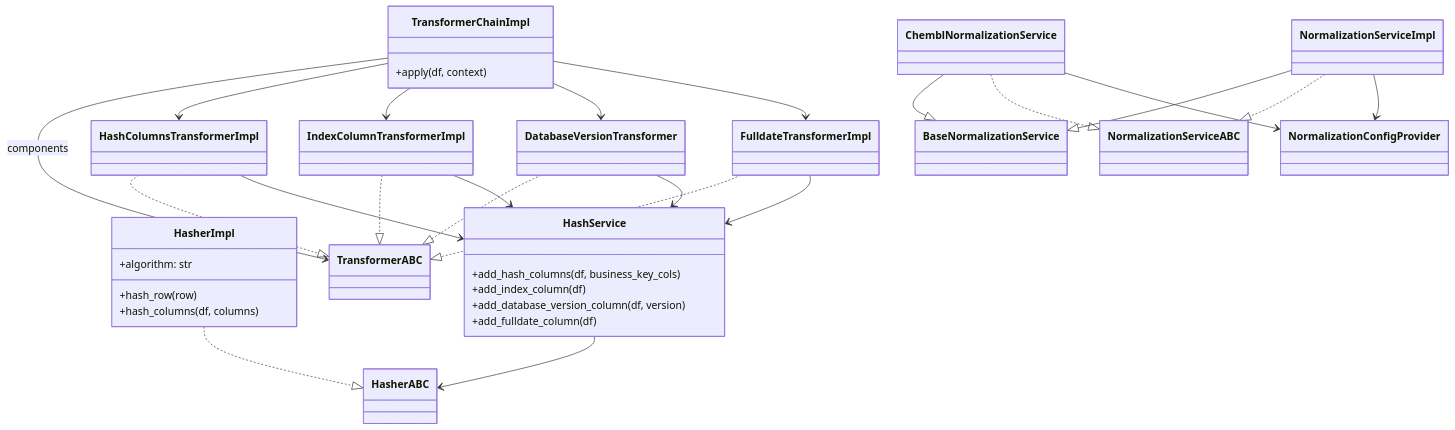
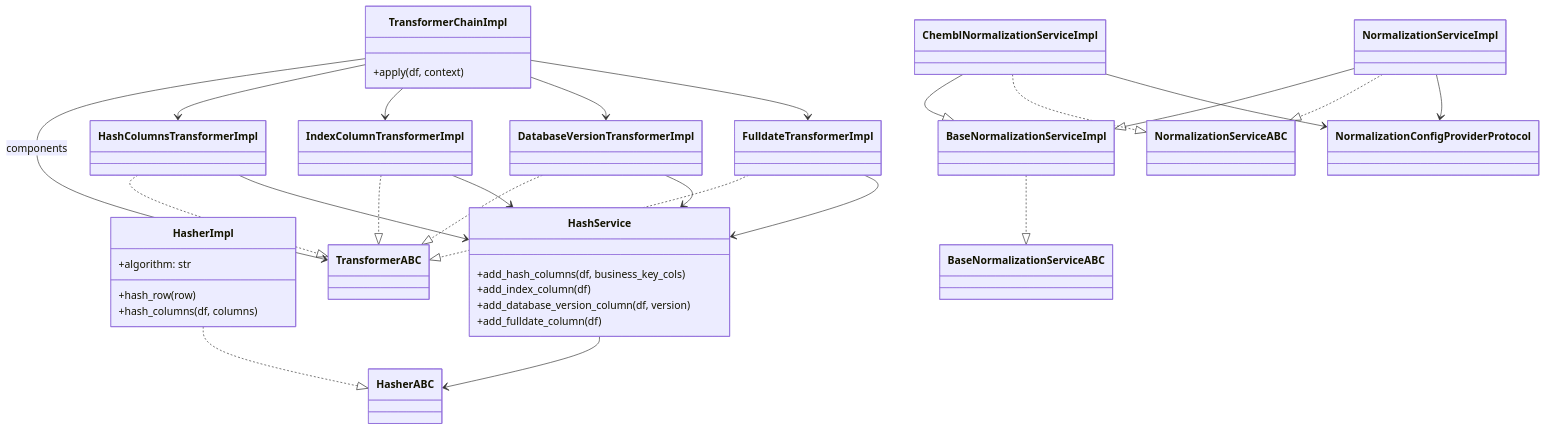
The diagram in docs/architecture/diagrams/class/16-hashing-normalization-classes.mmd (SatoryKono/BioactivityDataAcquisition), drawn with Mermaid before and after one commit. The commit also changed 49 other files, not shown here.

```diff
--- a/docs/architecture/diagrams/class/16-hashing-normalization-classes.mmd
+++ b/docs/architecture/diagrams/class/16-hashing-normalization-classes.mmd
@@ -1,55 +1,57 @@
 ---
 id: 8e1b7c45-0c2f-4e6a-9fd7-26cbdc6b22a2
 ---
 %%{init: {"class": {"domainPrimary": {"fill": "#f5f5f5", "stroke": "#444", "strokeWidth": 1.5, "color": "#111", "fontSize": "22px"}, "domainSecondary": {"fill": "#e3e7ec", "stroke": "#555", "strokeWidth": 1.2, "color": "#111", "fontSize": "18px"}, "interface": {"fill": "#dde7f2", "stroke": "#44546a", "strokeWidth": 1.5, "color": "#111", "fontSize": "22px"}}}}%%
 classDiagram-v2
 
 class HasherABC
 class HasherImpl {
   +algorithm: str
   +hash_row(row)
   +hash_columns(df, columns)
 }
 class HashService {
   +add_hash_columns(df, business_key_cols)
   +add_index_column(df)
   +add_database_version_column(df, version)
   +add_fulldate_column(df)
 }
 
 class TransformerABC
 class TransformerChainImpl {
   +apply(df, context)
 }
 class HashColumnsTransformerImpl
 class IndexColumnTransformerImpl
-class DatabaseVersionTransformer
+class DatabaseVersionTransformerImpl
 class FulldateTransformerImpl
 
-class BaseNormalizationService
+class BaseNormalizationServiceABC
+class BaseNormalizationServiceImpl
 class NormalizationServiceABC
-class ChemblNormalizationService
+class ChemblNormalizationServiceImpl
 class NormalizationServiceImpl
-class NormalizationConfigProvider
+class NormalizationConfigProviderProtocol
 
 HasherImpl ..|> HasherABC
 HashService --> HasherABC
 TransformerChainImpl --> TransformerABC : components
 HashColumnsTransformerImpl ..|> TransformerABC
 IndexColumnTransformerImpl ..|> TransformerABC
-DatabaseVersionTransformer ..|> TransformerABC
+DatabaseVersionTransformerImpl ..|> TransformerABC
 FulldateTransformerImpl ..|> TransformerABC
 TransformerChainImpl --> HashColumnsTransformerImpl
 TransformerChainImpl --> IndexColumnTransformerImpl
-TransformerChainImpl --> DatabaseVersionTransformer
+TransformerChainImpl --> DatabaseVersionTransformerImpl
 TransformerChainImpl --> FulldateTransformerImpl
-ChemblNormalizationService --|> BaseNormalizationService
-NormalizationServiceImpl --|> BaseNormalizationService
-ChemblNormalizationService ..|> NormalizationServiceABC
+BaseNormalizationServiceImpl ..|> BaseNormalizationServiceABC
+ChemblNormalizationServiceImpl --|> BaseNormalizationServiceImpl
+NormalizationServiceImpl --|> BaseNormalizationServiceImpl
+ChemblNormalizationServiceImpl ..|> NormalizationServiceABC
 NormalizationServiceImpl ..|> NormalizationServiceABC
-ChemblNormalizationService --> NormalizationConfigProvider
-NormalizationServiceImpl --> NormalizationConfigProvider
+ChemblNormalizationServiceImpl --> NormalizationConfigProviderProtocol
+NormalizationServiceImpl --> NormalizationConfigProviderProtocol
 HashColumnsTransformerImpl --> HashService
 IndexColumnTransformerImpl --> HashService
-DatabaseVersionTransformer --> HashService
+DatabaseVersionTransformerImpl --> HashService
 FulldateTransformerImpl --> HashService
```
